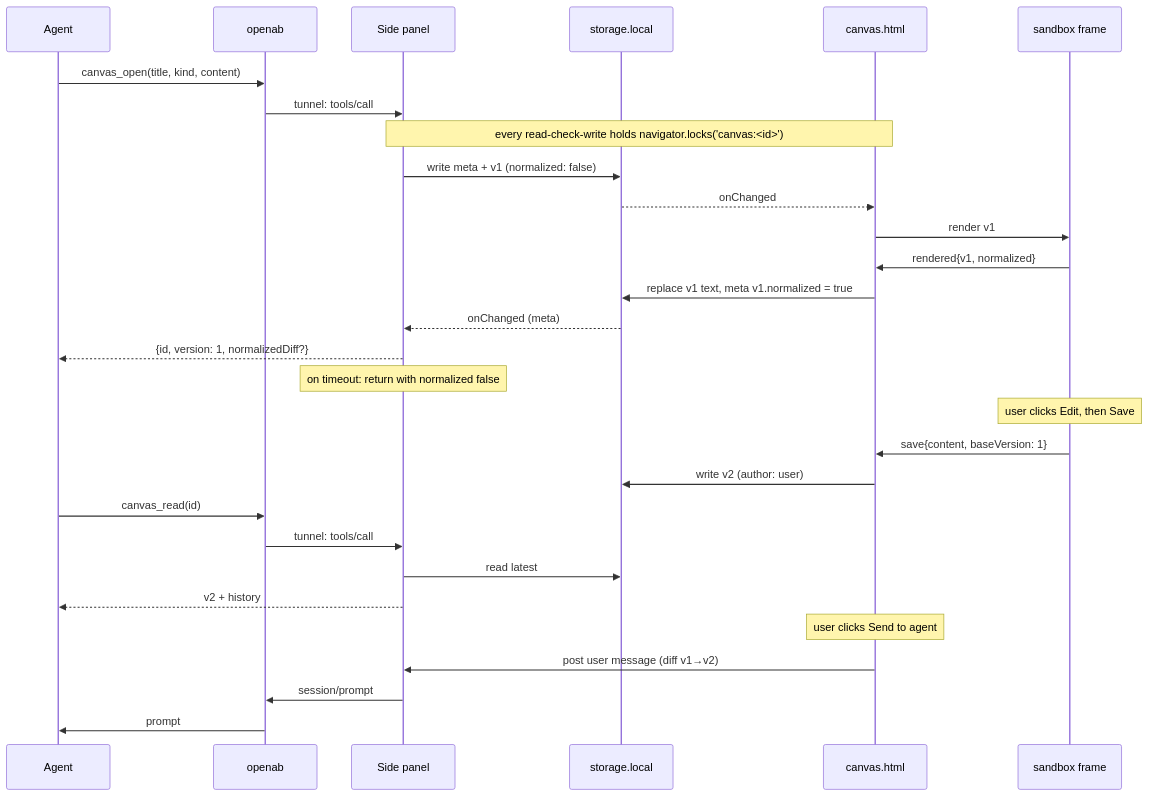
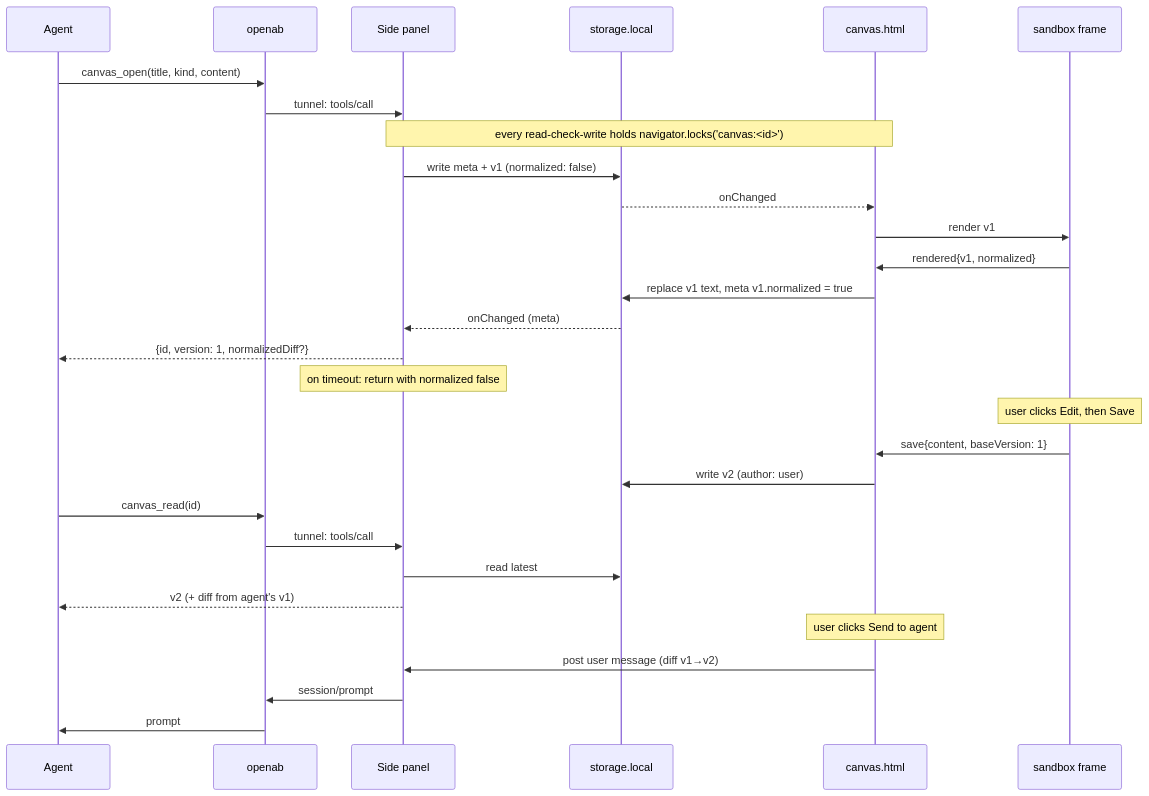
One commit to brettchien/katashiro changed the second of 2 diagrams in docs/adr/canvas.md. Above: the diagram before and after it, drawn with Mermaid. The commit also changed other lines of this file, not shown here.

First line of the commit message:
docs(adr): canvas — no version history: latest + the agent's last write (Brett, Q7)

````diff
--- a/docs/adr/canvas.md
+++ b/docs/adr/canvas.md
@@ -540,31 +549,31 @@
 ```mermaid
 sequenceDiagram
   participant A as Agent
   participant O as openab
   participant P as Side panel
   participant S as storage.local
   participant C as canvas.html
   participant F as sandbox frame
   A->>O: canvas_open(title, kind, content)
   O->>P: tunnel: tools/call
   Note over P,C: every read-check-write holds navigator.locks('canvas:<id>')
   P->>S: write meta + v1 (normalized: false)
   S-->>C: onChanged
   C->>F: render v1
   F->>C: rendered{v1, normalized}
   C->>S: replace v1 text, meta v1.normalized = true
   S-->>P: onChanged (meta)
   P-->>A: {id, version: 1, normalizedDiff?}
   Note over P: on timeout: return with normalized false
   Note over F: user clicks Edit, then Save
   F->>C: save{content, baseVersion: 1}
   C->>S: write v2 (author: user)
   A->>O: canvas_read(id)
   O->>P: tunnel: tools/call
   P->>S: read latest
-  P-->>A: v2 + history
+  P-->>A: v2 (+ diff from agent's v1)
   Note over C: user clicks Send to agent
   C->>P: post user message (diff v1→v2)
   P->>O: session/prompt
   O->>A: prompt
 ```
````
